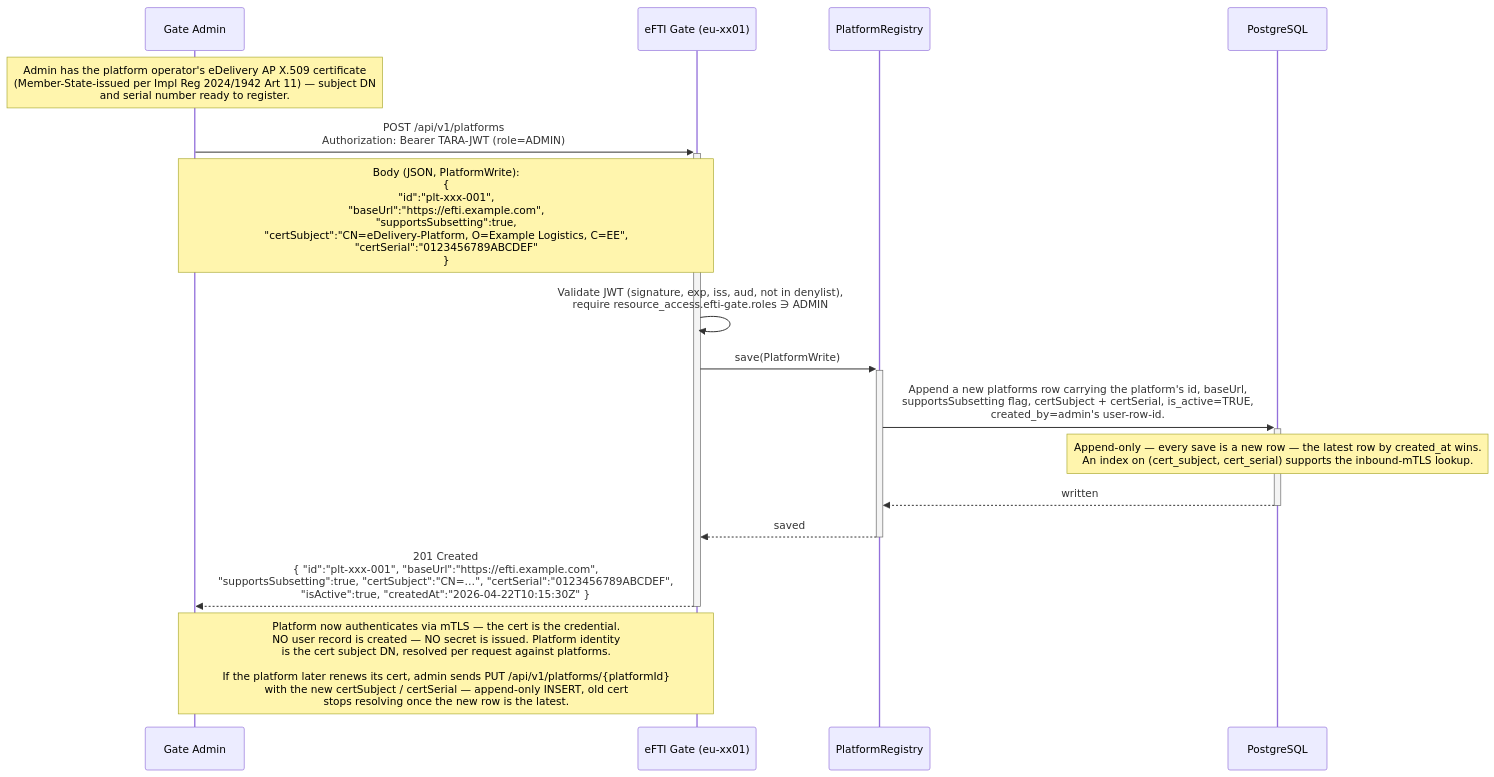
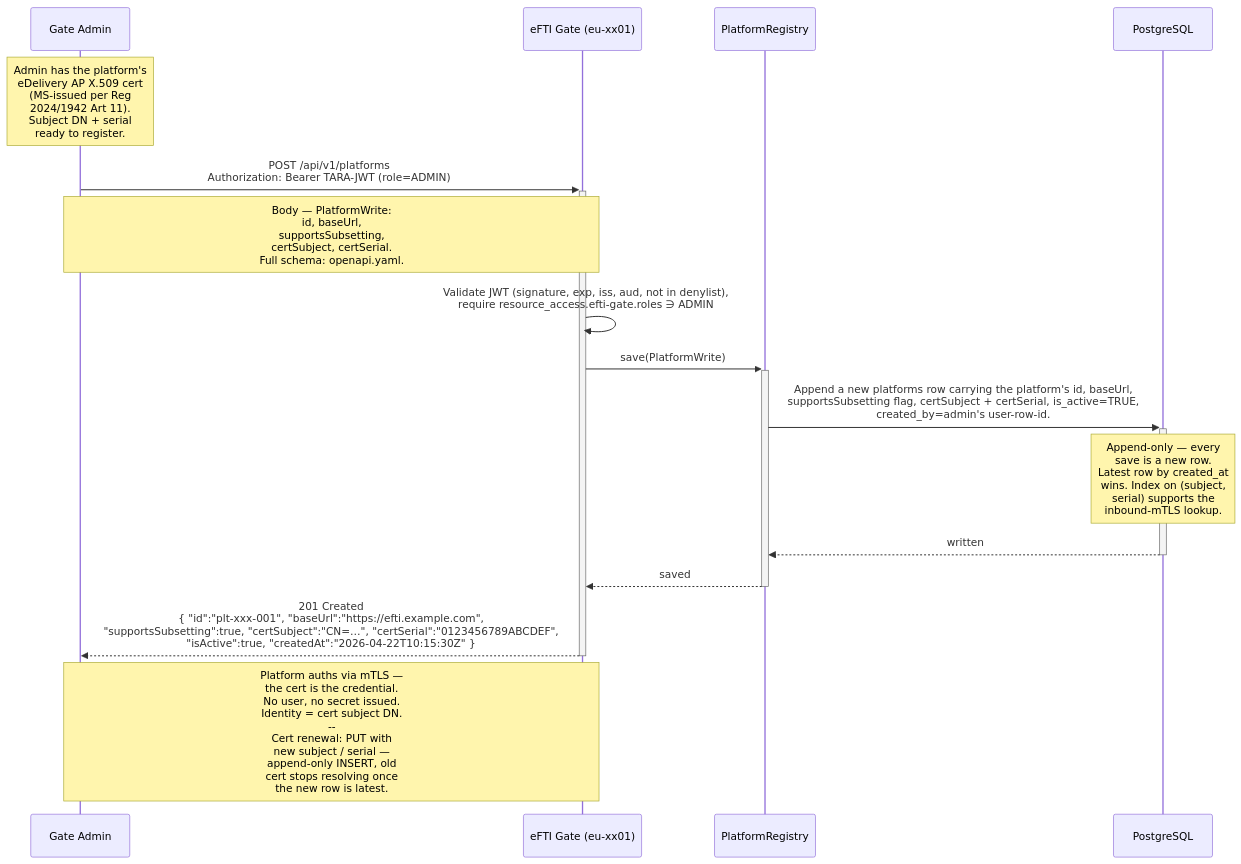
Before and after one commit to kemit-ee/efti-gate-ee: the diagram in docs/specs/diagrams/seq-10-platform-registration.mmd, drawn with Mermaid. The commit also changed 15 other files, not shown here.

First line of the commit message:
docs(diagrams): tighten notes in 16 sequence diagrams to ≤ 25 chars per line

```diff
--- a/docs/specs/diagrams/seq-10-platform-registration.mmd
+++ b/docs/specs/diagrams/seq-10-platform-registration.mmd
@@ -1,22 +1,22 @@
 sequenceDiagram
     participant Admin as Gate Admin
     participant Gate as eFTI Gate (eu-xx01)
     participant PlatformReg as PlatformRegistry
     participant DB as PostgreSQL
 
-    Note over Admin: Admin has the platform operator's eDelivery AP X.509 certificate<br/>(Member-State-issued per Impl Reg 2024/1942 Art 11) — subject DN<br/>and serial number ready to register.
+    Note over Admin: Admin has the platform's<br/>eDelivery AP X.509 cert<br/>(MS-issued per Reg<br/>2024/1942 Art 11).<br/>Subject DN + serial<br/>ready to register.
 
     Admin->>+Gate: POST /api/v1/platforms<br/>Authorization: Bearer TARA-JWT (role=ADMIN)
-    Note over Admin,Gate: Body (JSON, PlatformWrite):<br/>{<br/>  "id":"plt-xxx-001",<br/>  "baseUrl":"https://efti.example.com",<br/>  "supportsSubsetting":true,<br/>  "certSubject":"CN=eDelivery-Platform, O=Example Logistics, C=EE",<br/>  "certSerial":"0123456789ABCDEF"<br/>}
+    Note over Admin,Gate: Body — PlatformWrite:<br/>id, baseUrl,<br/>supportsSubsetting,<br/>certSubject, certSerial.<br/>Full schema: openapi.yaml.
 
     Gate->>Gate: Validate JWT (signature, exp, iss, aud, not in denylist),<br/>require resource_access.efti-gate.roles ∋ ADMIN
 
     Gate->>+PlatformReg: save(PlatformWrite)
     PlatformReg->>+DB: Append a new platforms row carrying the platform's id, baseUrl,<br/>supportsSubsetting flag, certSubject + certSerial, is_active=TRUE,<br/>created_by=admin's user-row-id.
-    Note over DB: Append-only — every save is a new row — the latest row by created_at wins.<br/>An index on (cert_subject, cert_serial) supports the inbound-mTLS lookup.
+    Note over DB: Append-only — every<br/>save is a new row.<br/>Latest row by created_at<br/>wins. Index on (subject,<br/>serial) supports the<br/>inbound-mTLS lookup.
     DB-->>-PlatformReg: written
     PlatformReg-->>-Gate: saved
 
     Gate-->>-Admin: 201 Created<br/>{ "id":"plt-xxx-001", "baseUrl":"https://efti.example.com",<br/>  "supportsSubsetting":true, "certSubject":"CN=…", "certSerial":"0123456789ABCDEF",<br/>  "isActive":true, "createdAt":"2026-04-22T10:15:30Z" }
 
-    Note over Admin,Gate: Platform now authenticates via mTLS — the cert is the credential.<br/>NO user record is created — NO secret is issued. Platform identity<br/>is the cert subject DN, resolved per request against platforms.<br/><br/>If the platform later renews its cert, admin sends PUT /api/v1/platforms/{platformId}<br/>with the new certSubject / certSerial — append-only INSERT, old cert<br/>stops resolving once the new row is the latest.
+    Note over Admin,Gate: Platform auths via mTLS —<br/>the cert is the credential.<br/>No user, no secret issued.<br/>Identity = cert subject DN.<br/>--<br/>Cert renewal: PUT with<br/>new subject / serial —<br/>append-only INSERT, old<br/>cert stops resolving once<br/>the new row is latest.
```
